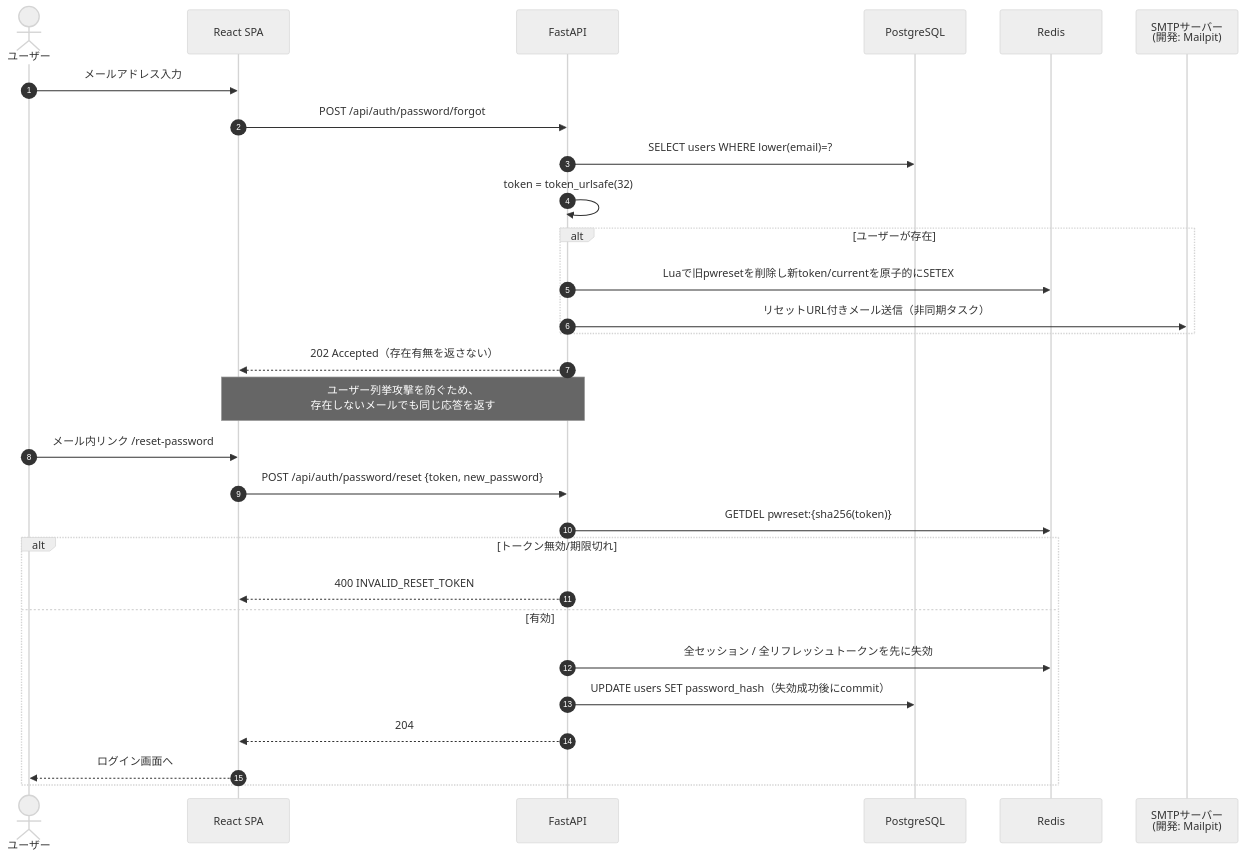
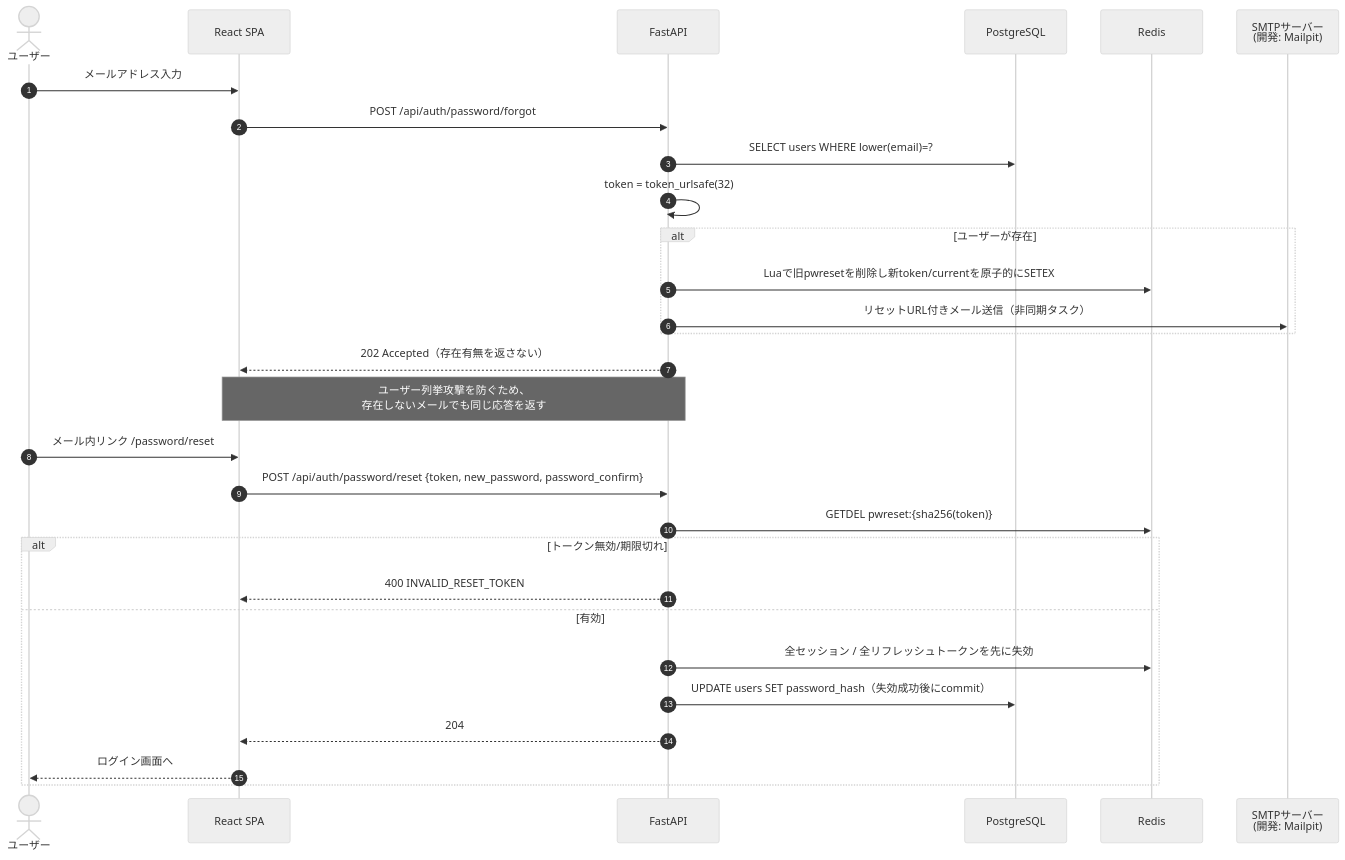
One commit to oikawa-d/task_management changed the ninth of 10 diagrams in docs/basic_design/03_auth.md. Above: the diagram before and after it, drawn with Mermaid (neutral theme). The commit also changed 10 other files, not shown here.

````diff
--- a/docs/basic_design/03_auth.md
+++ b/docs/basic_design/03_auth.md
@@ -429,33 +429,33 @@
 ```mermaid
 sequenceDiagram
     autonumber
     actor U as ユーザー
     participant FE as React SPA
     participant API as FastAPI
     participant PG as PostgreSQL
     participant RD as Redis
     participant SMTP as SMTPサーバー<br/>(開発: Mailpit)
 
     U->>FE: メールアドレス入力
     FE->>API: POST /api/auth/password/forgot
     API->>PG: SELECT users WHERE lower(email)=?
     API->>API: token = token_urlsafe(32)
     alt ユーザーが存在
         API->>RD: Luaで旧pwresetを削除し新token/currentを原子的にSETEX
         API->>SMTP: リセットURL付きメール送信（非同期タスク）
     end
     API-->>FE: 202 Accepted（存在有無を返さない）
     Note over API,FE: ユーザー列挙攻撃を防ぐため、<br/>存在しないメールでも同じ応答を返す
 
-    U->>FE: メール内リンク /reset-password#token=xxx
-    FE->>API: POST /api/auth/password/reset {token, new_password}
+    U->>FE: メール内リンク /password/reset#token=xxx
+    FE->>API: POST /api/auth/password/reset {token, new_password, password_confirm}
     API->>RD: GETDEL pwreset:{sha256(token)}
     alt トークン無効/期限切れ
         API-->>FE: 400 INVALID_RESET_TOKEN
     else 有効
         API->>RD: 全セッション / 全リフレッシュトークンを先に失効
         API->>PG: UPDATE users SET password_hash（失効成功後にcommit）
         API-->>FE: 204
         FE-->>U: ログイン画面へ
     end
 ```
````
